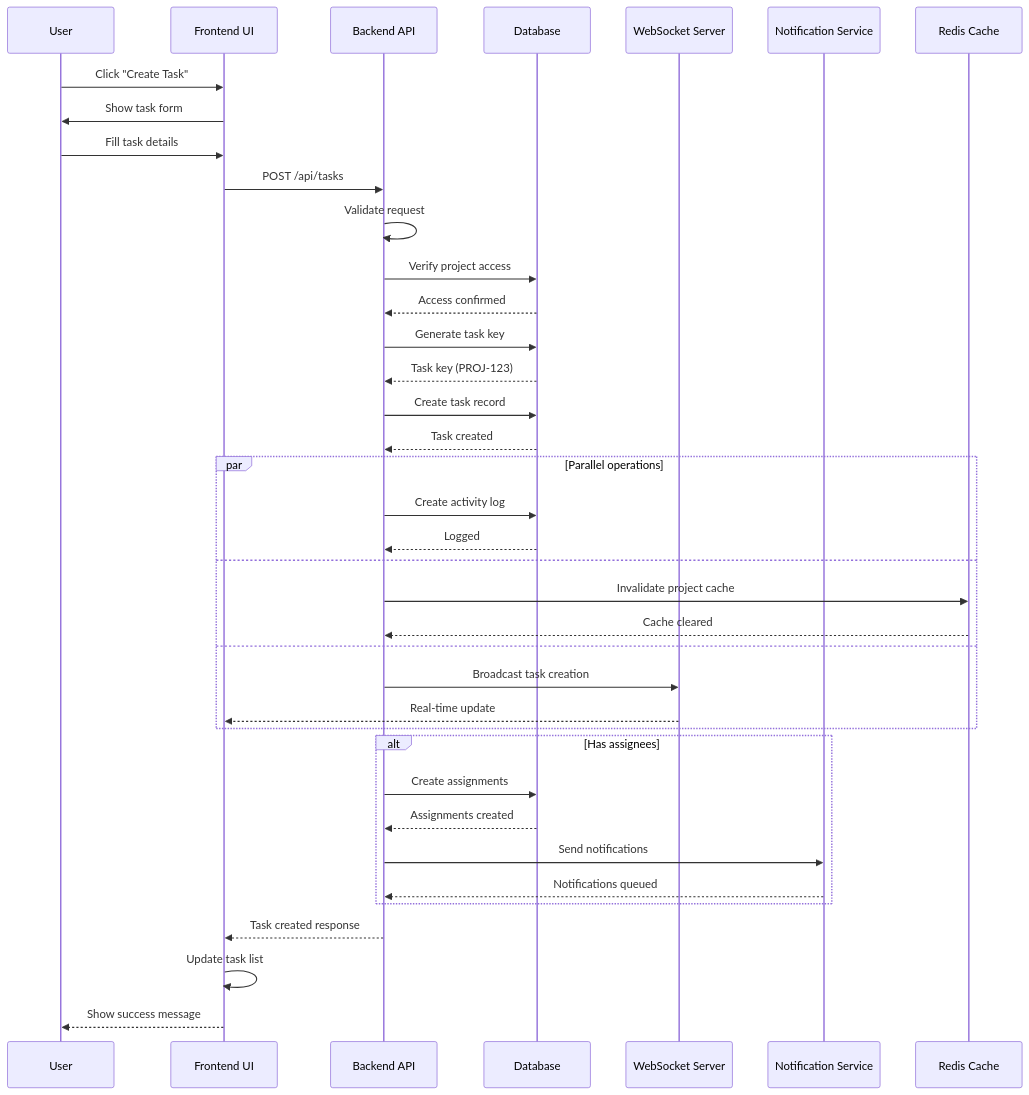
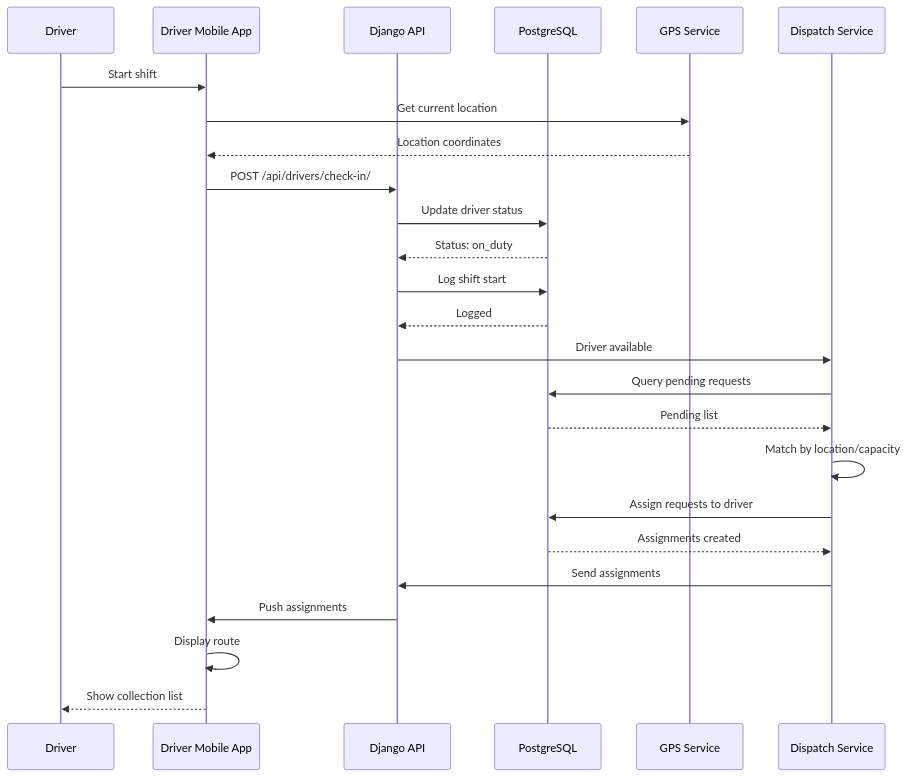
Before and after one commit to Ellis-Ayikwei/waste-wise: the third of 10 diagrams in documentation/diagrams/sequence-diagrams.md, drawn with Mermaid. The commit also changed other lines of this file and 5 other files, not shown here.

Commit message:
Update architecture docs for Wasgo smart waste management system

````diff
--- a/documentation/diagrams/sequence-diagrams.md
+++ b/documentation/diagrams/sequence-diagrams.md
@@ -92,45 +81,33 @@
 ```mermaid
 sequenceDiagram
-    participant U as User
-    participant UI as Frontend UI
-    participant API as Backend API
-    participant DB as Database
-    participant WS as WebSocket Server
-    participant Notif as Notification Service
-    participant Cache as Redis Cache
+    participant Driver as Driver
+    participant App as Driver Mobile App
+    participant API as Django API
+    participant DB as PostgreSQL
+    participant GPS as GPS Service
+    participant Dispatch as Dispatch Service
 
-    U->>UI: Click "Create Task"
-    UI->>U: Show task form
-    U->>UI: Fill task details
-    UI->>API: POST /api/tasks
-    API->>API: Validate request
-    API->>DB: Verify project access
-    DB-->>API: Access confirmed
+    Driver->>App: Start shift
+    App->>GPS: Get current location
+    GPS-->>App: Location coordinates
     
-    API->>DB: Generate task key
-    DB-->>API: Task key (PROJ-123)
-    API->>DB: Create task record
-    DB-->>API: Task created
+    App->>API: POST /api/drivers/check-in/
+    API->>DB: Update driver status
+    DB-->>API: Status: on_duty
     
-    par Parallel operations
-        API->>DB: Create activity log
-        DB-->>API: Logged
-    and
-        API->>Cache: Invalidate project cache
-        Cache-->>API: Cache cleared
-    and
-        API->>WS: Broadcast task creation
-        WS-->>UI: Real-time update
-    end
+    API->>DB: Log shift start
+    DB-->>API: Logged
     
-    alt Has assignees
-        API->>DB: Create assignments
-        DB-->>API: Assignments created
-        API->>Notif: Send notifications
-        Notif-->>API: Notifications queued
-    end
+    API->>Dispatch: Driver available
+    Dispatch->>DB: Query pending requests
+    DB-->>Dispatch: Pending list
     
-    API-->>UI: Task created response
-    UI->>UI: Update task list
-    UI-->>U: Show success message
+    Dispatch->>Dispatch: Match by location/capacity
+    Dispatch->>DB: Assign requests to driver
+    DB-->>Dispatch: Assignments created
+    
+    Dispatch->>API: Send assignments
+    API->>App: Push assignments
+    App->>App: Display route
+    App-->>Driver: Show collection list
 ```
````
